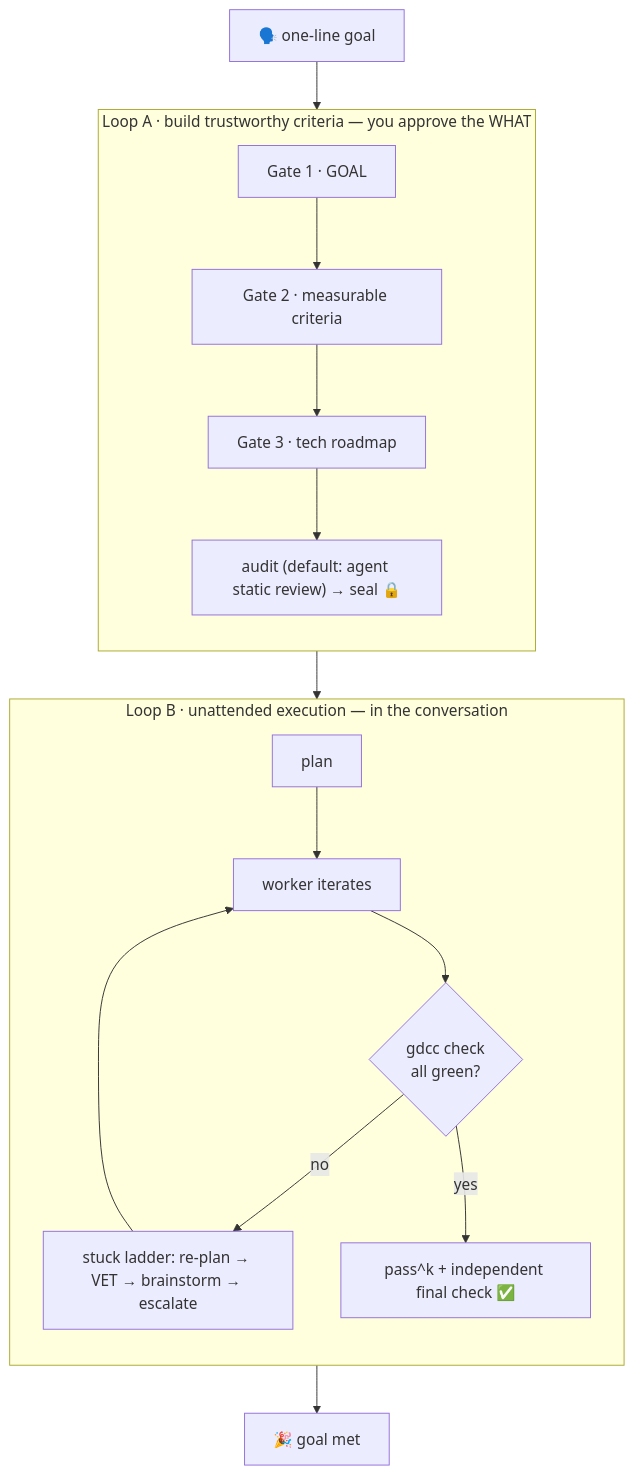
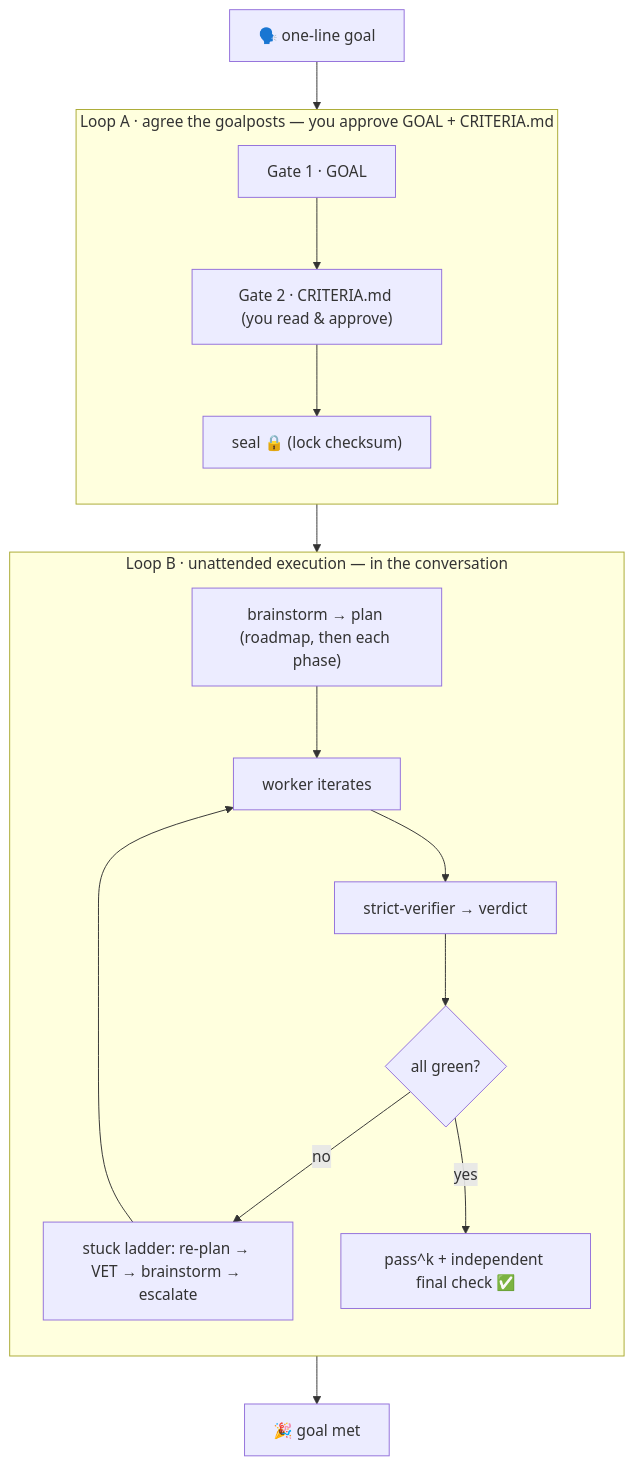
Before and after one commit to lqzzy/goal-driven-cc: the diagram in README.md, drawn with Mermaid. The commit also changed other lines of this file and 28 other files, not shown here.

````diff
--- a/README.md
+++ b/README.md
@@ -100,22 +100,23 @@
 ```mermaid
 flowchart TB
     G["🗣️ one-line goal"] --> A
 
-    subgraph A["Loop A · build trustworthy criteria — you approve the WHAT"]
+    subgraph A["Loop A · agree the goalposts — you approve GOAL + CRITERIA.md"]
         direction TB
-        A1["Gate 1 · GOAL"] --> A2["Gate 2 · measurable criteria"] --> A3["Gate 3 · tech roadmap"]
-        A3 --> AU["audit (default: agent static review) → seal 🔒"]
+        A1["Gate 1 · GOAL"] --> A2["Gate 2 · CRITERIA.md (you read & approve)"]
+        A2 --> AU["seal 🔒 (lock checksum)"]
     end
 
     A --> B
 
     subgraph B["Loop B · unattended execution — in the conversation"]
         direction TB
-        B1["plan"] --> B2["worker iterates"] --> B3{"gdcc check<br/>all green?"}
+        B0["brainstorm → plan (roadmap, then each phase)"] --> B2["worker iterates"]
+        B2 --> BV["strict-verifier → verdict"] --> B3{"all green?"}
         B3 -- no --> B4["stuck ladder: re-plan → VET → brainstorm → escalate"]
         B4 --> B2
         B3 -- yes --> B5["pass^k + independent final check ✅"]
     end
 
     B5 --> DONE["🎉 goal met"]
 ```
````
